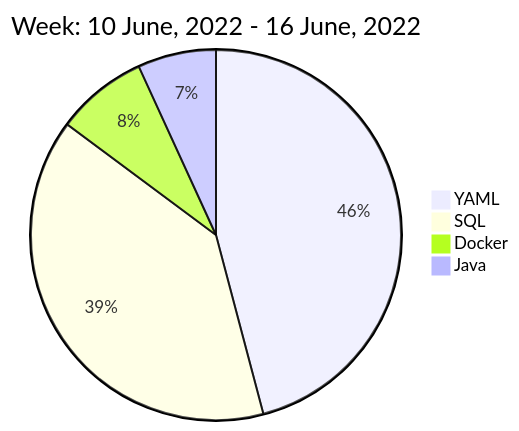
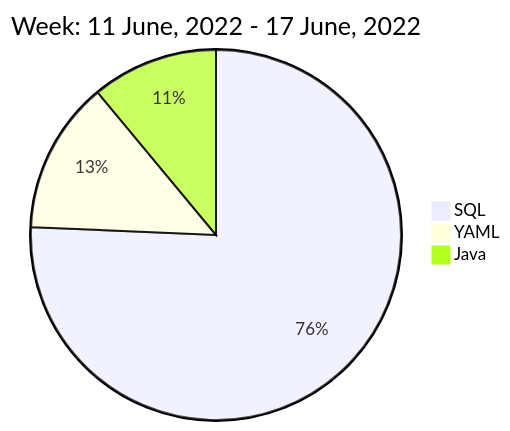
One commit to liubin95/liubin95 changed the diagram in README.md. Above: the diagram before and after it, drawn with Mermaid.

Commit message:
Updated the Graph with new Metrics

````diff
--- a/README.md
+++ b/README.md
@@ -40,8 +40,7 @@
 ```mermaid
  pie
-title Week: 10 June, 2022 - 16 June, 2022
- "YAML" : 5.57
- "SQL" : 4.77
- "Docker" : 0.97
- "Java" : 0.83
+title Week: 11 June, 2022 - 17 June, 2022
+ "SQL" : 7.0
+ "YAML" : 1.23
+ "Java" : 1.02
 ```
````
